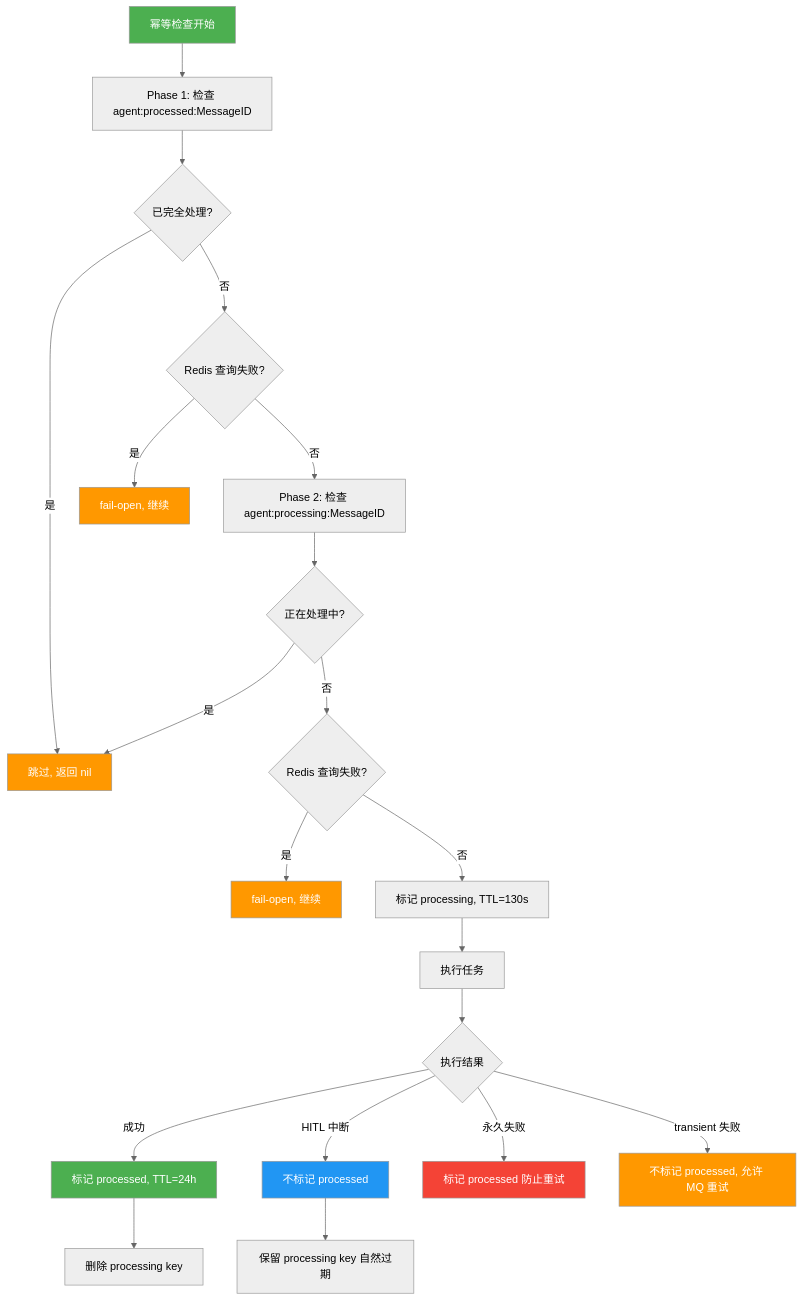
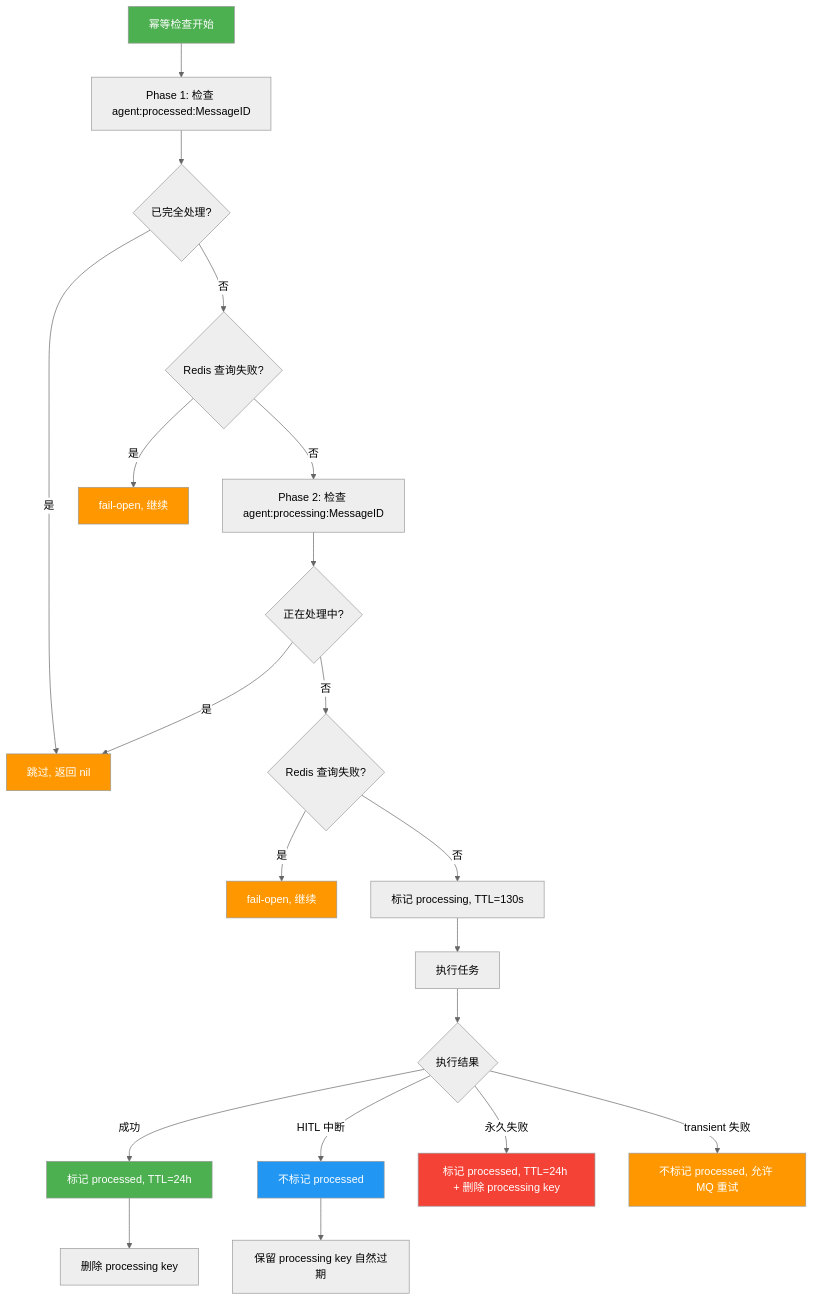
One commit to PineappleBond/xyncra-server changed the tenth of 12 diagrams in wiki/flows/agent.md. Above: the diagram before and after it, drawn with Mermaid (neutral theme). The commit also changed other lines of this file and 5 other files, not shown here.

````diff
--- a/wiki/flows/agent.md
+++ b/wiki/flows/agent.md
@@ -539,37 +542,37 @@
 ```mermaid
 flowchart TD
     A[幂等检查开始] --> B[Phase 1: 检查 agent:processed:MessageID]
     B --> C{已完全处理?}
     C -->|是| D[跳过, 返回 nil]
     C -->|否| E{Redis 查询失败?}
     E -->|是| F[fail-open, 继续]
     E -->|否| G[Phase 2: 检查 agent:processing:MessageID]
 
     G --> H{正在处理中?}
     H -->|是| D
     H -->|否| I{Redis 查询失败?}
     I -->|是| J[fail-open, 继续]
     I -->|否| K[标记 processing, TTL=130s]
 
     K --> L[执行任务]
 
     L --> M{执行结果}
     M -->|成功| N[标记 processed, TTL=24h]
     N --> O[删除 processing key]
 
     M -->|HITL 中断| P[不标记 processed]
     P --> Q[保留 processing key 自然过期]
 
-    M -->|永久失败| R[标记 processed 防止重试]
+    M -->|永久失败| R[标记 processed, TTL=24h + 删除 processing key]
 
     M -->|transient 失败| S[不标记 processed, 允许 MQ 重试]
 
     style A fill:#4CAF50,color:#fff
     style D fill:#FF9800,color:#fff
     style F fill:#FF9800,color:#fff
     style J fill:#FF9800,color:#fff
     style N fill:#4CAF50,color:#fff
     style P fill:#2196F3,color:#fff
     style R fill:#f44336,color:#fff
     style S fill:#FF9800,color:#fff
 ```
````
